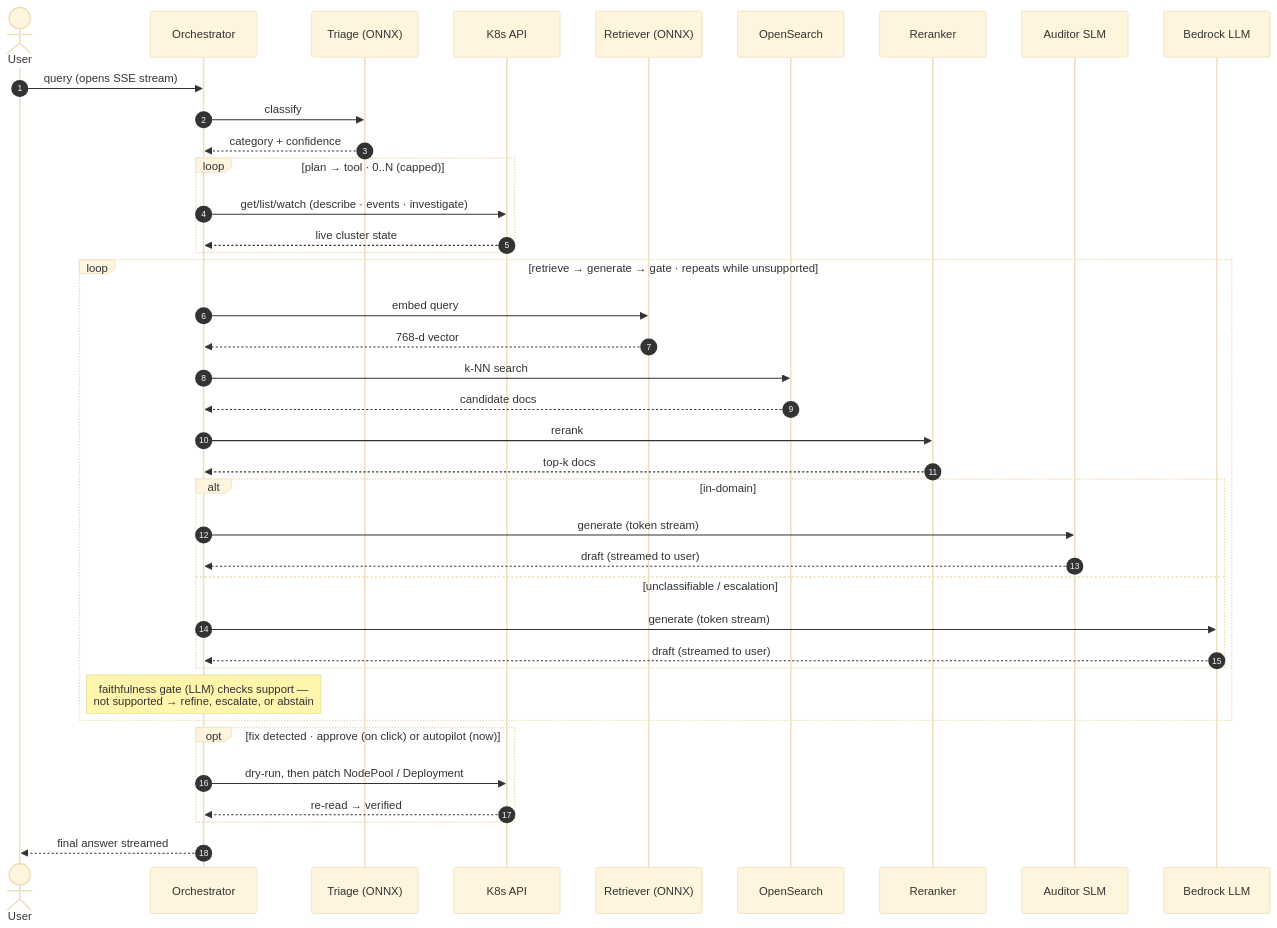
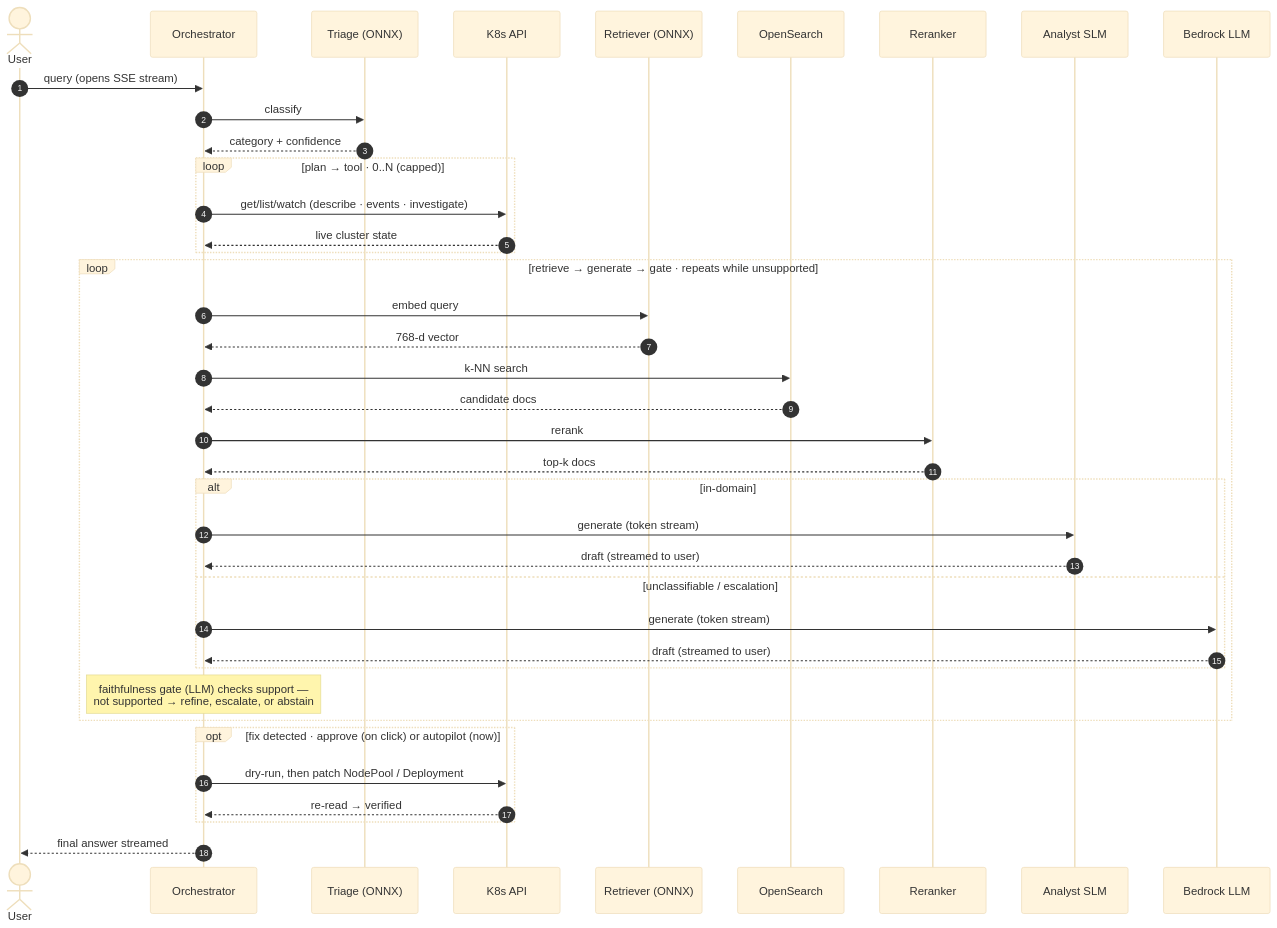
Before and after one commit to aws-samples/sample-slemify: the third of 3 diagrams in examples/k8s-autoscaling/demo/README.md, drawn with Mermaid (base theme). The commit also changed other lines of this file and 27 other files, not shown here.

````diff
--- a/examples/k8s-autoscaling/demo/README.md
+++ b/examples/k8s-autoscaling/demo/README.md
@@ -148,41 +172,41 @@
 ```mermaid
 sequenceDiagram
     autonumber
     actor U as User
     participant O as Orchestrator
     participant T as Triage (ONNX)
     participant K as K8s API
     participant R as Retriever (ONNX)
     participant S as OpenSearch
     participant X as Reranker
-    participant A as Auditor SLM
+    participant A as Analyst SLM
     participant B as Bedrock LLM
     U->>O: query (opens SSE stream)
     O->>T: classify
     T-->>O: category + confidence
     loop plan → tool · 0..N (capped)
         O->>K: get/list/watch (describe · events · investigate)
         K-->>O: live cluster state
     end
     loop retrieve → generate → gate · repeats while unsupported
         O->>R: embed query
         R-->>O: 768-d vector
         O->>S: k-NN search
         S-->>O: candidate docs
         O->>X: rerank
         X-->>O: top-k docs
         alt in-domain
             O->>A: generate (token stream)
             A-->>O: draft (streamed to user)
         else unclassifiable / escalation
             O->>B: generate (token stream)
             B-->>O: draft (streamed to user)
         end
         Note over O: faithfulness gate (LLM) checks support —<br/>not supported → refine, escalate, or abstain
     end
     opt fix detected · approve (on click) or autopilot (now)
         O->>K: dry-run, then patch NodePool / Deployment
         K-->>O: re-read → verified
     end
     O-->>U: final answer streamed
 ```
````
